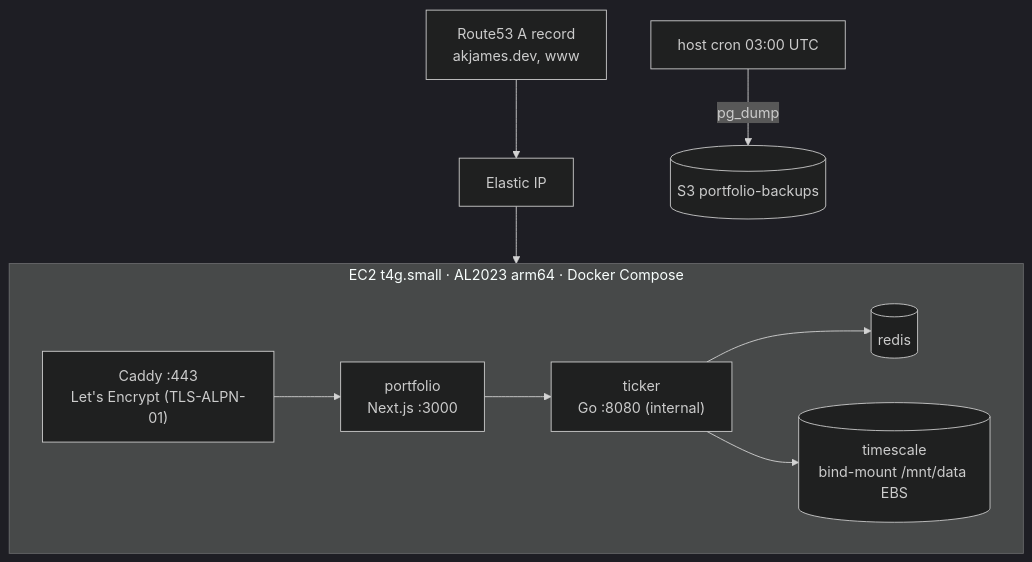
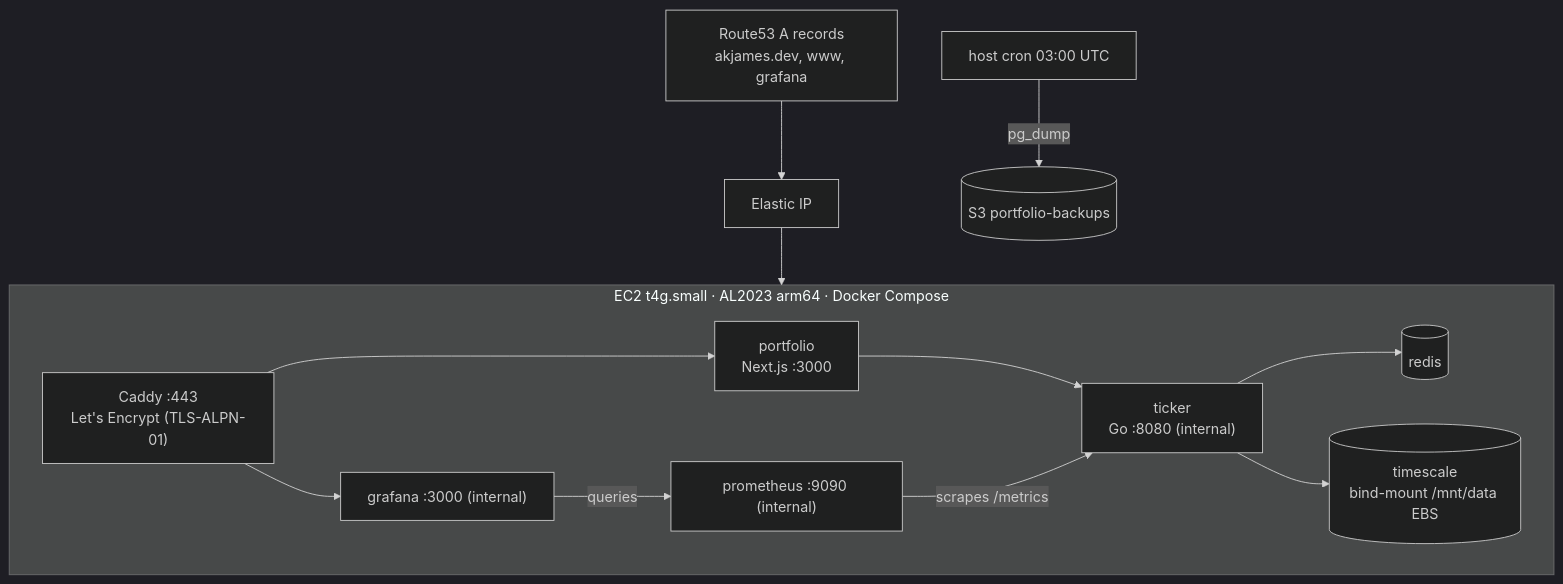
One commit to AkashJam/infra changed the first of 2 diagrams in README.md. Above: the diagram before and after it, drawn with Mermaid (dark theme). The commit also changed other lines of this file and 11 other files, not shown here.

````diff
--- a/README.md
+++ b/README.md
@@ -21,11 +21,14 @@
 ```mermaid
 flowchart TD
-  R53["Route53 A record<br/>akjames.dev, www"] --> EIP["Elastic IP"] --> EC2
+  R53["Route53 A records<br/>akjames.dev, www, grafana"] --> EIP["Elastic IP"] --> EC2
   subgraph EC2["EC2 t4g.small · AL2023 arm64 · Docker Compose"]
     CADDY["Caddy :443<br/>Let's Encrypt (TLS-ALPN-01)"] --> PF["portfolio<br/>Next.js :3000"]
+    CADDY --> GRAF["grafana :3000 (internal)"]
     PF --> TK["ticker<br/>Go :8080 (internal)"]
     TK --> RD[("redis")]
     TK --> TSDB[("timescale<br/>bind-mount /mnt/data EBS")]
+    PROM["prometheus :9090 (internal)"] -->|scrapes /metrics| TK
+    GRAF -->|queries| PROM
   end
   CRON["host cron 03:00 UTC"] -->|pg_dump| S3B[("S3 portfolio-backups")]
 ```
````
